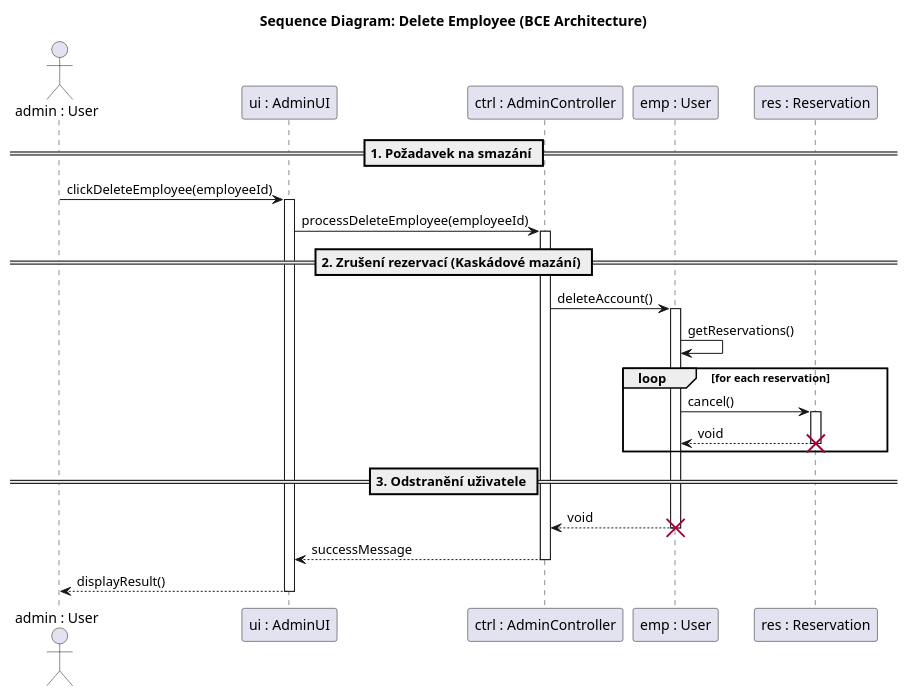
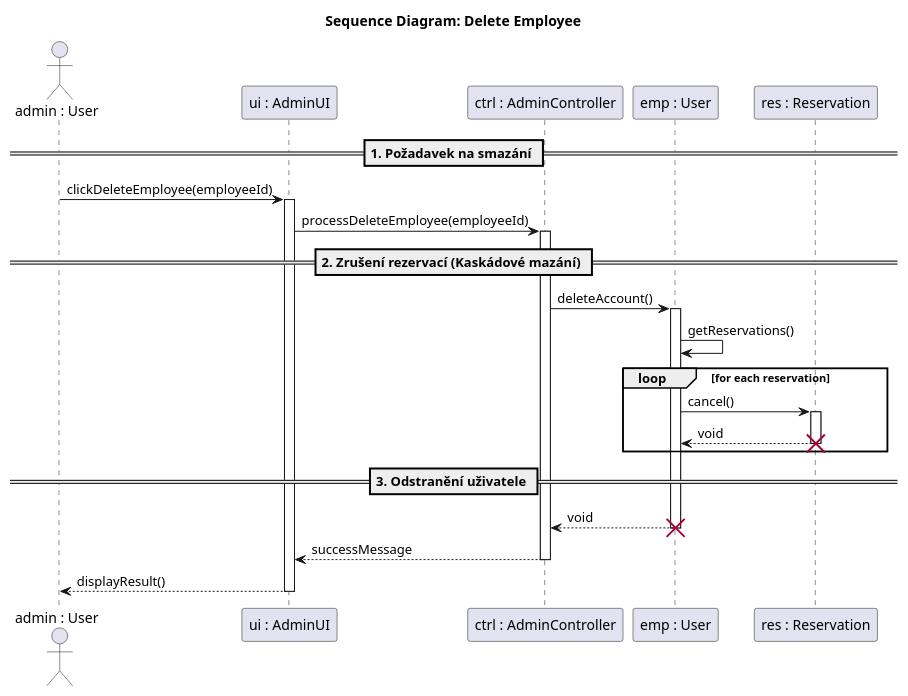
One commit to AidenCze/SWI-Project changed the diagram in docs/diagramy/sequence-remove-user.puml. Above: the diagram before and after it, drawn with PlantUML. The commit also changed 1 other file, not shown here.

Commit message:
Update sequence diagrams titles for clarity

```diff
--- a/docs/diagramy/sequence-remove-user.puml
+++ b/docs/diagramy/sequence-remove-user.puml
@@ -1,45 +1,45 @@
 @startuml
-title Sequence Diagram: Delete Employee (BCE Architecture)
+title Sequence Diagram: Delete Employee
 
 actor "admin : User" as admin
 participant "ui : AdminUI" as ui
 participant "ctrl : AdminController" as ctrl
 participant "emp : User" as emp
 participant "res : Reservation" as res
 
 
 == 1. Požadavek na smazání ==
 admin -> ui : clickDeleteEmployee(employeeId)
 activate ui
 
 ui -> ctrl : processDeleteEmployee(employeeId)
 activate ctrl
 
 == 2. Zrušení rezervací (Kaskádové mazání) ==
 ctrl -> emp : deleteAccount()
 activate emp
 
 
 emp -> emp : getReservations()
 
 loop for each reservation
     emp -> res : cancel()
     activate res
     
 
     res --> emp : void
     destroy res
 
 end
 
 == 3. Odstranění uživatele ==
 emp --> ctrl : void
 destroy emp
 
 
 ctrl --> ui : successMessage
 deactivate ctrl
 
 ui --> admin : displayResult()
 deactivate ui
 @enduml
```
